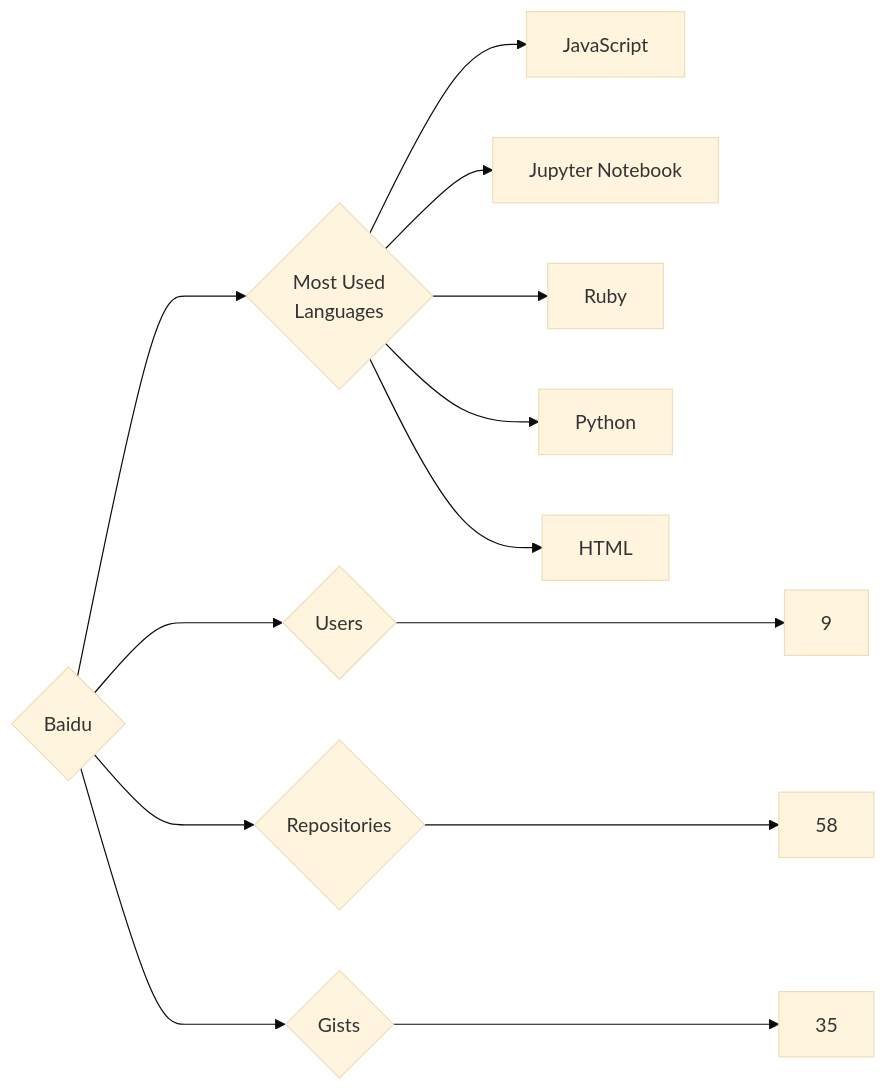
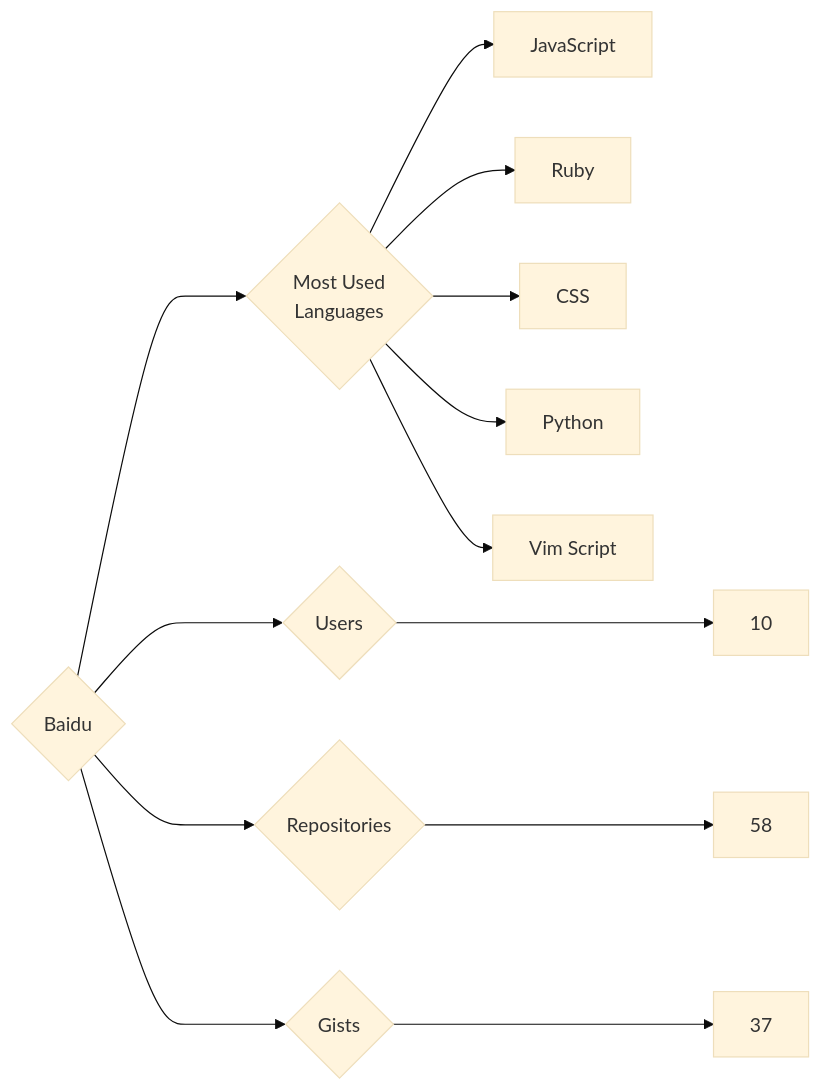
One commit to trickest/insiders changed the diagram in targets/Baidu/README.md. Above: the diagram before and after it, drawn with Mermaid (base theme). The commit also changed 857 other files, not shown here.

````diff
--- a/targets/Baidu/README.md
+++ b/targets/Baidu/README.md
@@ -3,13 +3,13 @@
 ```mermaid
 graph LR
 COMPANY_NAME{Baidu}
-COMPANY_NAME ---> U{Users} ---> UN[9]
+COMPANY_NAME ---> U{Users} ---> UN[10]
 COMPANY_NAME ---> R{Repositories} ---> RN[58]
-COMPANY_NAME ---> G{Gists} ---> GN[35]
+COMPANY_NAME ---> G{Gists} ---> GN[37]
 COMPANY_NAME ---> ML{Most Used<br>Languages}
 ML --> JavaScript[JavaScript]
-ML --> Jupyter_Notebook[Jupyter Notebook]
 ML --> Ruby[Ruby]
+ML --> CSS[CSS]
 ML --> Python[Python]
-ML --> HTML[HTML]
+ML --> Vim_Script[Vim Script]
 ```
````
